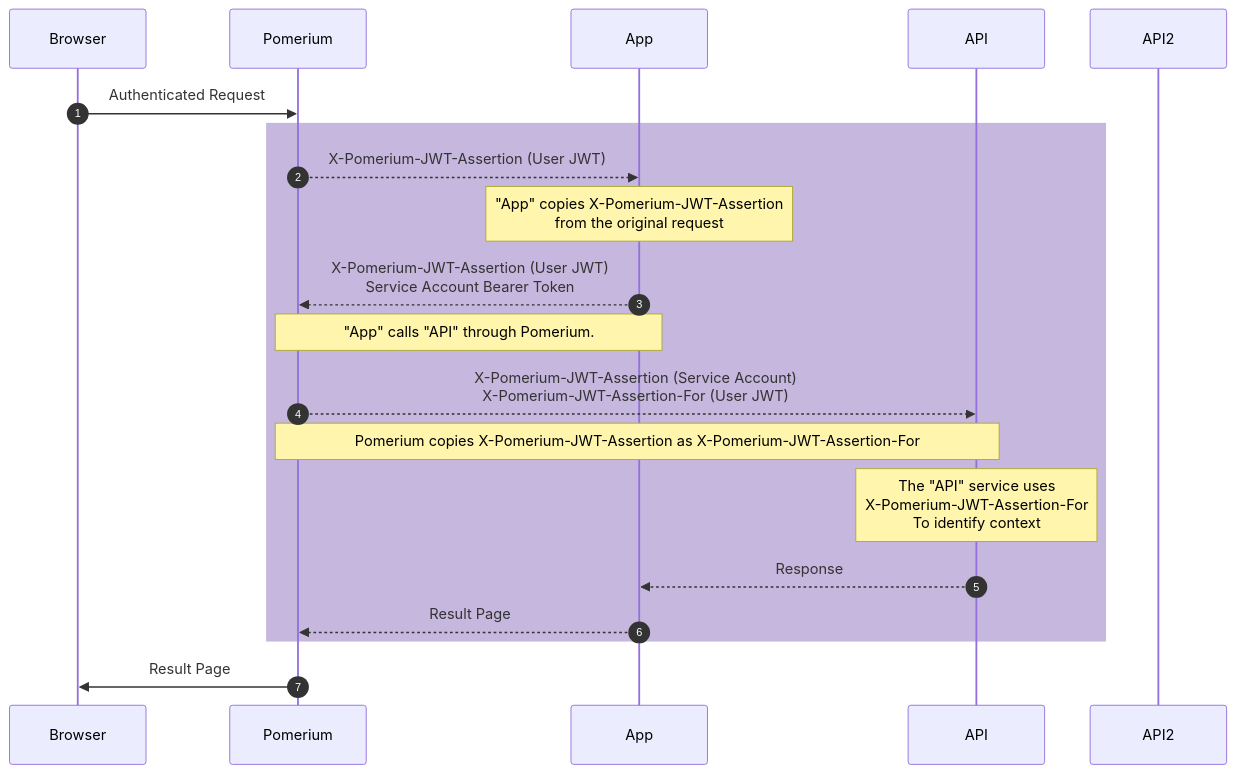
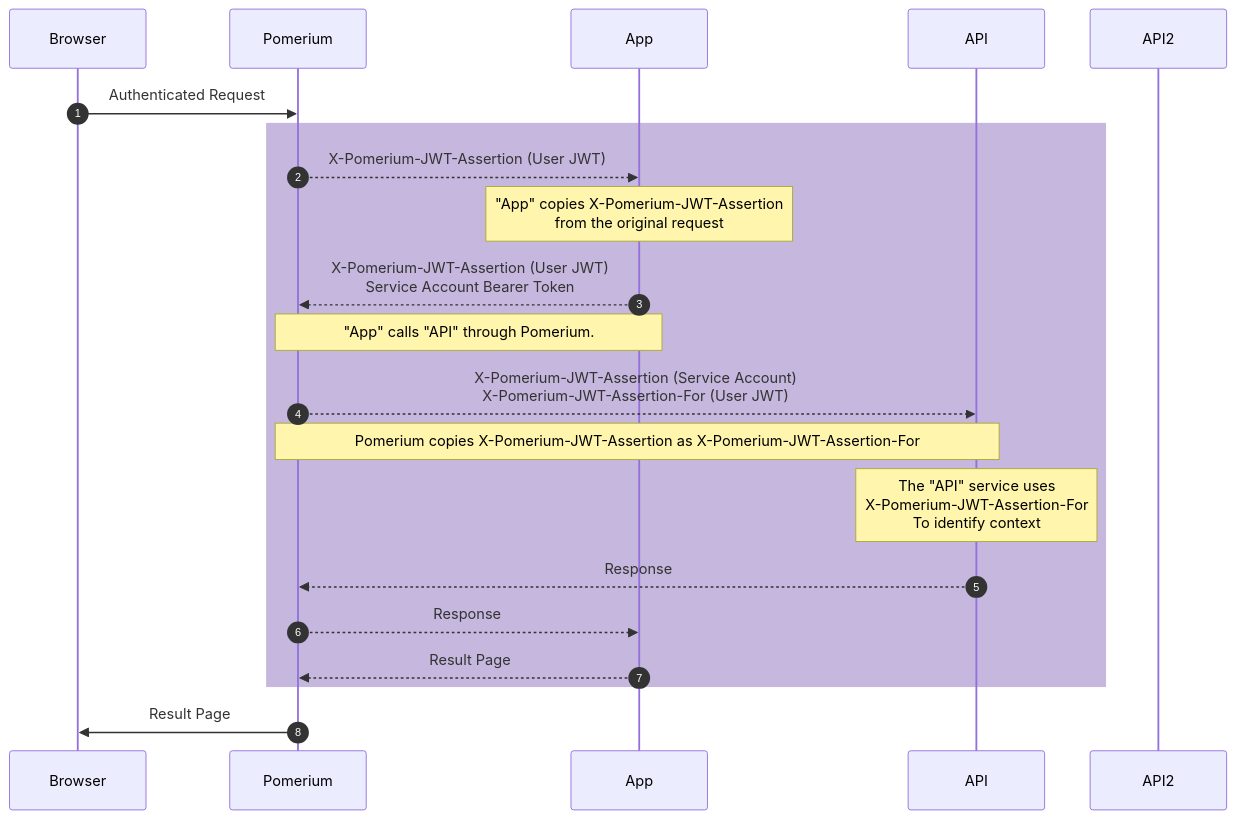
The first of 2 diagrams in docs/docs/topics/original-request-context.md (pomerium/pomerium), drawn with Mermaid before and after one commit. The commit also changed other lines of this file, not shown here.

Commit message:
update response path through Pomerium

````diff
--- a/docs/docs/topics/original-request-context.md
+++ b/docs/docs/topics/original-request-context.md
@@ -61,24 +61,25 @@
 ```mermaid
 sequenceDiagram
     autonumber
     participant Browser
     participant Pomerium
     participant App
     participant API
     participant API2
     Browser->>Pomerium: Authenticated Request
     rect rgba(197, 183, 221)
         Pomerium-->>App: X-Pomerium-JWT-Assertion (User JWT)
         %%rect rgba(0, 255, 255)
             Note over App: "App" copies X-Pomerium-JWT-Assertion <br/>from the original request
             App-->>Pomerium: X-Pomerium-JWT-Assertion (User JWT)<br/> Service Account Bearer Token
             Note over Pomerium, App: "App" calls "API" through Pomerium.
             Pomerium-->>API: X-Pomerium-JWT-Assertion (Service Account) <br/>X-Pomerium-JWT-Assertion-For (User JWT)
             Note over Pomerium, API: Pomerium copies X-Pomerium-JWT-Assertion as X-Pomerium-JWT-Assertion-For
        %% end
         Note over API: The "API" service uses <br/>X-Pomerium-JWT-Assertion-For <br/>To identify context
-        API-->>App: Response
+        API-->>Pomerium: Response
+        Pomerium-->>App: Response
         App-->>Pomerium: Result Page
     end
     Pomerium->>Browser: Result Page
 ```
````
